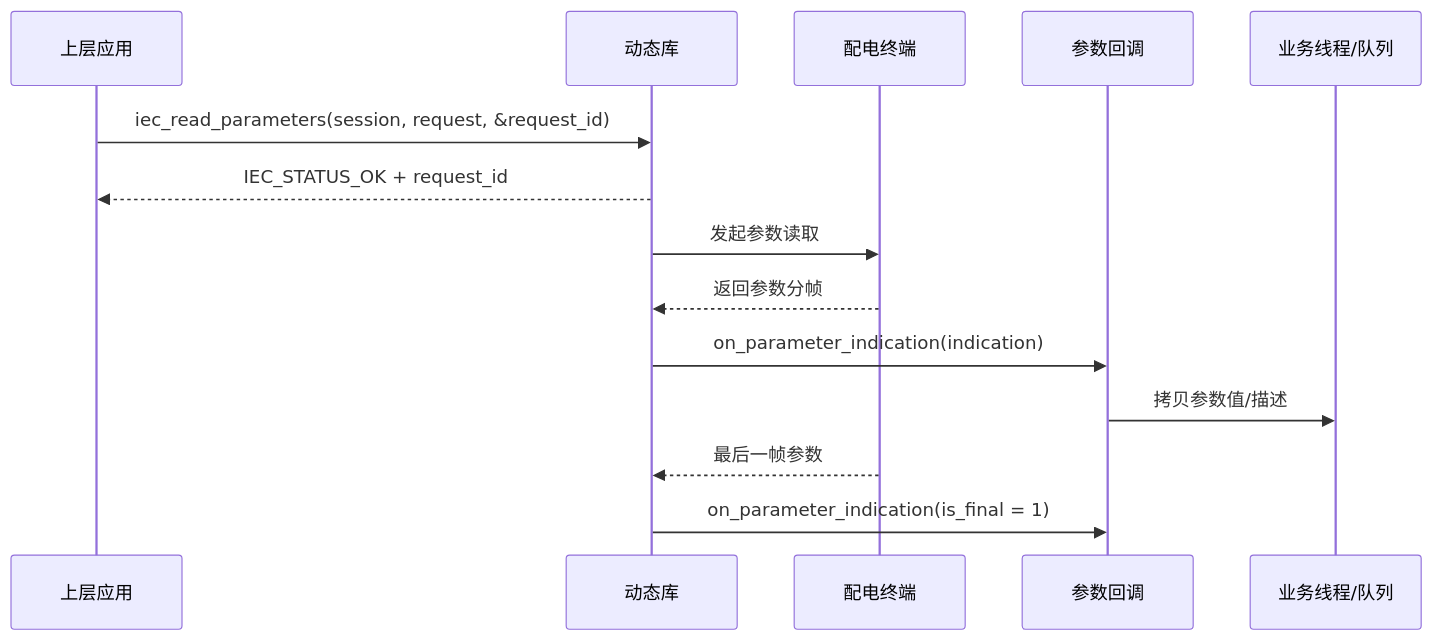
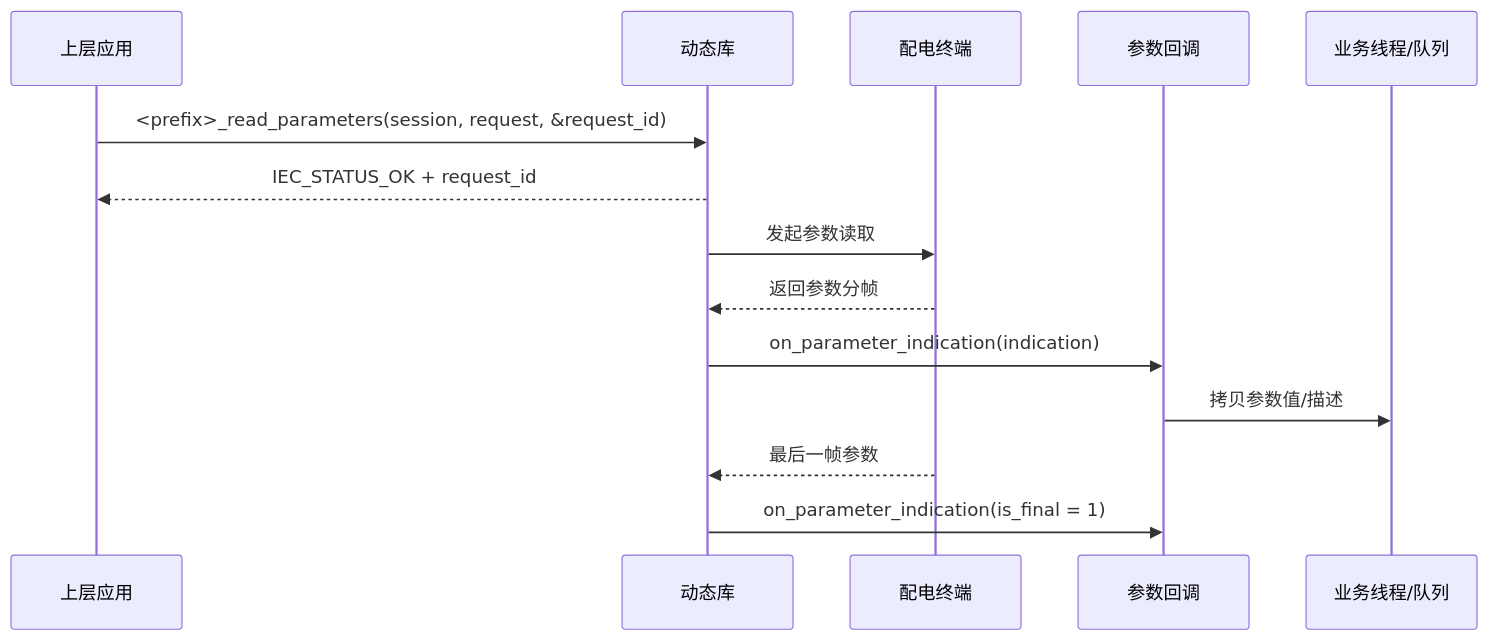
The sixth of 12 diagrams in doc/api/dtu_unified_maintenance_sdk_api_design.md (CcooLcyy/gw-protocol-sdk), drawn with Mermaid before and after one commit. The commit also changed other lines of this file and 2 other files, not shown here.

````diff
--- a/doc/api/dtu_unified_maintenance_sdk_api_design.md
+++ b/doc/api/dtu_unified_maintenance_sdk_api_design.md
@@ -1819,17 +1662,17 @@
 ```mermaid
 sequenceDiagram
     participant 应用 as 上层应用
     participant 库 as 动态库
     participant 终端 as 配电终端
     participant 回调 as 参数回调
     participant 业务 as 业务线程/队列
 
-    应用->>库: iec_read_parameters(session, request, &request_id)
+    应用->>库: <prefix>_read_parameters(session, request, &request_id)
     库-->>应用: IEC_STATUS_OK + request_id
     库->>终端: 发起参数读取
     终端-->>库: 返回参数分帧
     库->>回调: on_parameter_indication(indication)
     回调->>业务: 拷贝参数值/描述
     终端-->>库: 最后一帧参数
     库->>回调: on_parameter_indication(is_final = 1)
 ```
````
